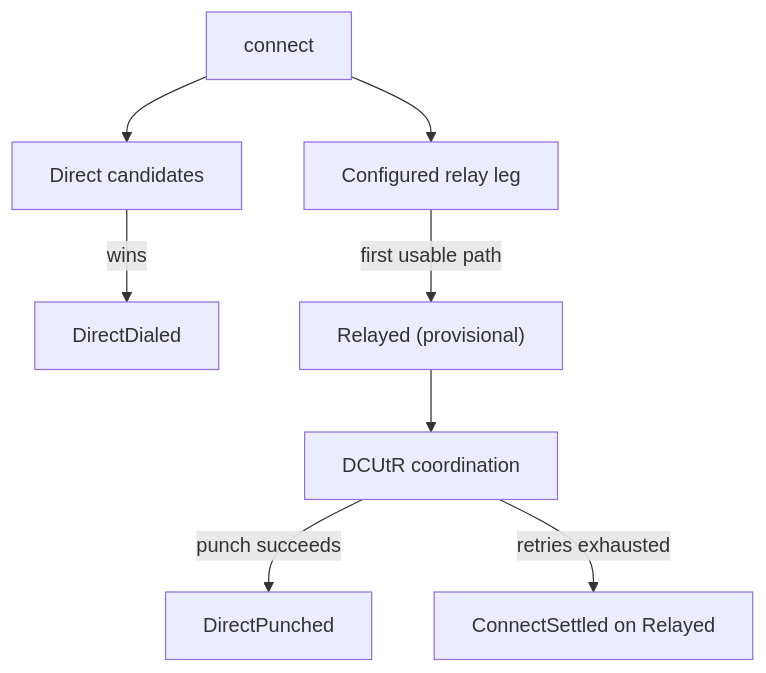
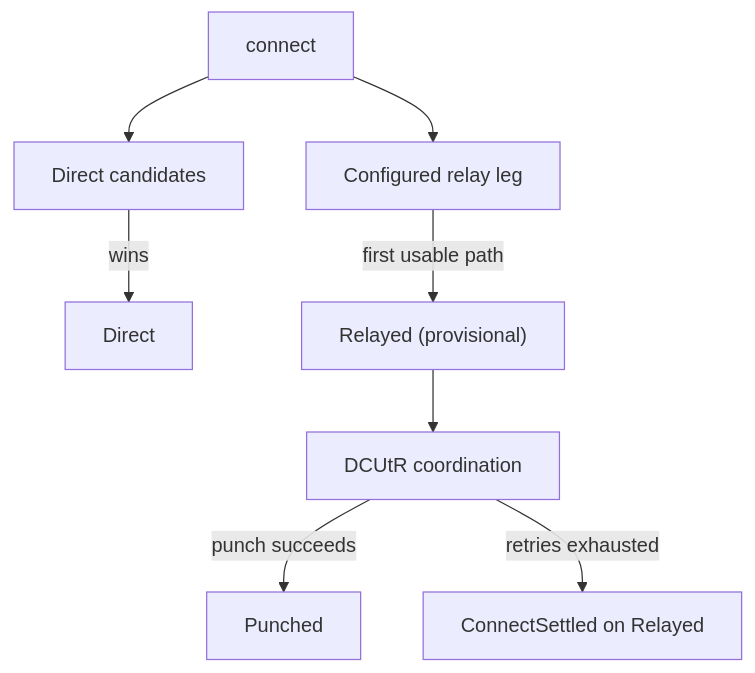
Before and after one commit to deepso7/minip2p: the diagram in docs/md/rust/traverse-nat.mdx, drawn with Mermaid. The commit also changed other lines of this file and 56 other files, not shown here.

````diff
--- a/docs/md/rust/traverse-nat.mdx
+++ b/docs/md/rust/traverse-nat.mdx
@@ -113,10 +113,10 @@
 ```mermaid
 flowchart TB
   A["connect"] --> B["Direct candidates"]
   A --> C["Configured relay leg"]
-  B -->|"wins"| D["DirectDialed"]
+  B -->|"wins"| D["Direct"]
   C -->|"first usable path"| E["Relayed (provisional)"]
   E --> F["DCUtR coordination"]
-  F -->|"punch succeeds"| G["DirectPunched"]
+  F -->|"punch succeeds"| G["Punched"]
   F -->|"retries exhausted"| H["ConnectSettled on Relayed"]
 ```
````
